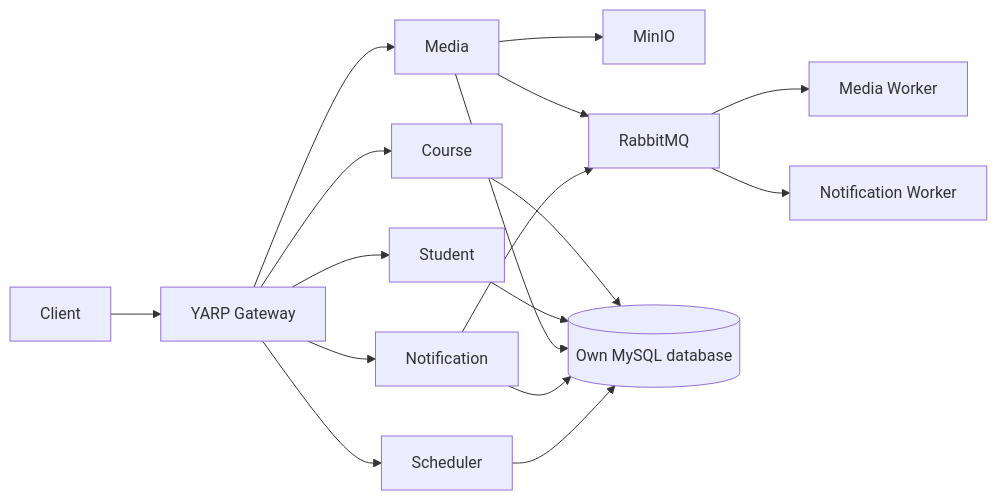
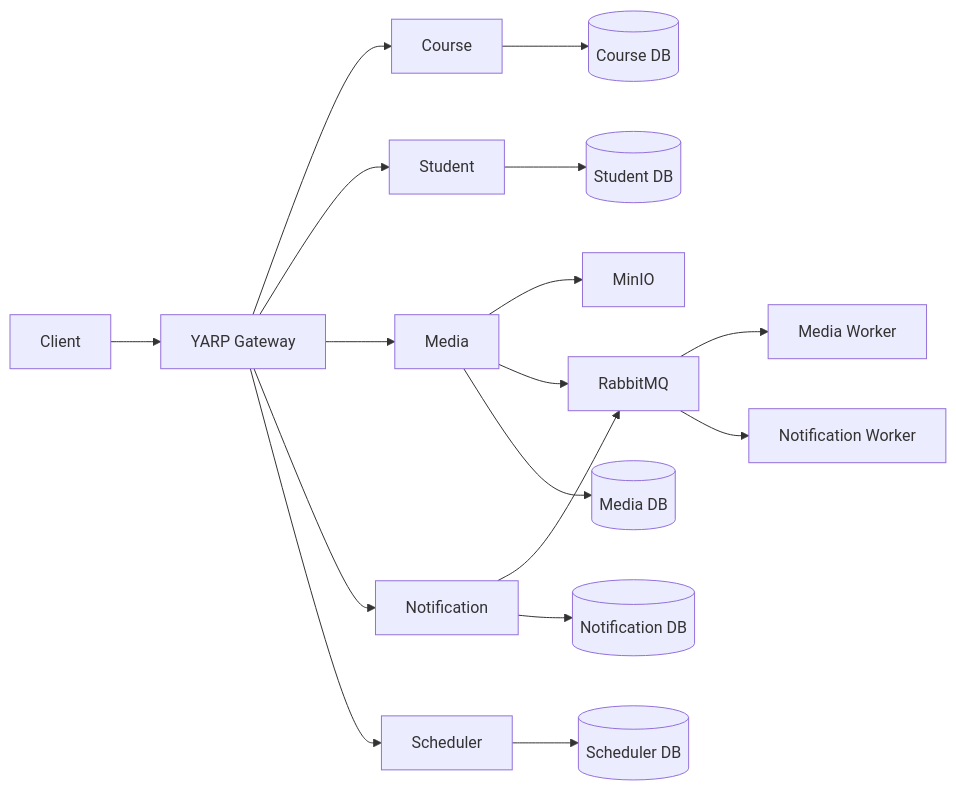
The diagram in ducnm3/docs/project/2/planning.md (Minhduc7904/MiniProjectTrainingKaopiz), drawn with Mermaid before and after one commit. The commit also changed other lines of this file and 6 other files, not shown here.

````diff
--- a/ducnm3/docs/project/2/planning.md
+++ b/ducnm3/docs/project/2/planning.md
@@ -5,14 +5,18 @@
 ```mermaid
 flowchart LR
   Client --> Gateway[YARP Gateway]
   Gateway --> Course
   Gateway --> Student
   Gateway --> Media
   Gateway --> Notification
   Gateway --> Scheduler
   Media --> MinIO
   Media & Notification --> MQ[RabbitMQ]
   MQ --> MW[Media Worker]
   MQ --> NW[Notification Worker]
-  Course & Student & Media & Notification & Scheduler --> DB[(Own MySQL database)]
+  Course --> CDB[(Course DB)]
+  Student --> SDB[(Student DB)]
+  Media --> MDB[(Media DB)]
+  Notification --> NDB[(Notification DB)]
+  Scheduler --> JDB[(Scheduler DB)]
 ```
````
